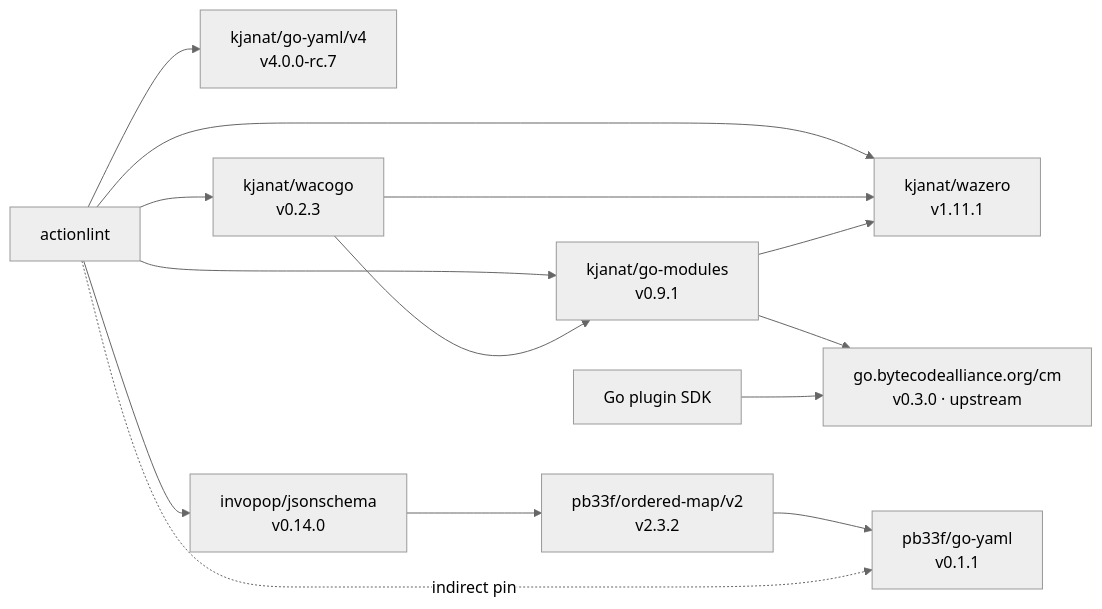
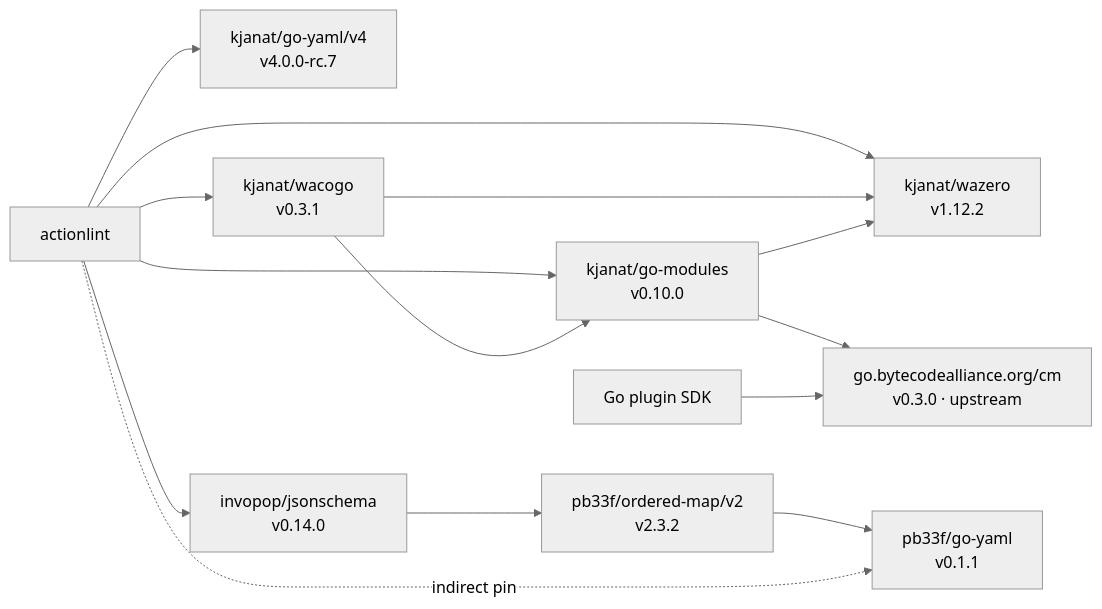
The diagram in docs/go-forks.md (kjanat/actionlint), drawn with Mermaid (neutral theme) before and after one commit. The commit also changed other lines of this file and 5 other files, not shown here.

````diff
--- a/docs/go-forks.md
+++ b/docs/go-forks.md
@@ -7,16 +7,24 @@
 ```mermaid
 flowchart LR
+    %% renovate: depName=github.com/kjanat/go-yaml/v4
     A[actionlint] --> Y["kjanat/go-yaml/v4<br/>v4.0.0-rc.7"]
-    A --> W["kjanat/wacogo<br/>v0.2.3"]
-    A --> Z["kjanat/wazero<br/>v1.11.1"]
-    A --> G["kjanat/go-modules<br/>v0.9.1"]
+    %% renovate: depName=github.com/kjanat/wacogo
+    A --> W["kjanat/wacogo<br/>v0.3.1"]
+    %% renovate: depName=github.com/kjanat/wazero
+    A --> Z["kjanat/wazero<br/>v1.12.2"]
+    %% renovate: depName=github.com/kjanat/go-modules
+    A --> G["kjanat/go-modules<br/>v0.10.0"]
     W --> G
     W --> Z
     G --> Z
+    %% renovate: depName=go.bytecodealliance.org/cm
     G --> CM["go.bytecodealliance.org/cm<br/>v0.3.0 · upstream"]
     E[Go plugin SDK] --> CM
+    %% renovate: depName=github.com/invopop/jsonschema
     A --> J["invopop/jsonschema<br/>v0.14.0"]
+    %% renovate: depName=github.com/pb33f/ordered-map/v2
     J --> O["pb33f/ordered-map/v2<br/>v2.3.2"]
+    %% renovate: depName=github.com/pb33f/go-yaml
     O --> P["pb33f/go-yaml<br/>v0.1.1"]
     A -. indirect pin .-> P
 ```
````
